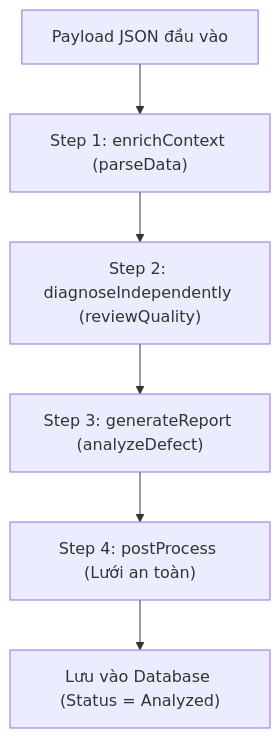
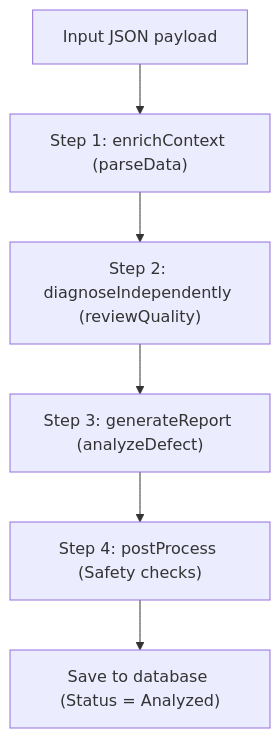
Before and after one commit to DungTruong1610/8D_problem_solving: the diagram in docs/8D-COPILOT-E2E-GUIDE.md, drawn with Mermaid. The commit also changed other lines of this file and 48 other files, not shown here.

````diff
--- a/docs/8D-COPILOT-E2E-GUIDE.md
+++ b/docs/8D-COPILOT-E2E-GUIDE.md
@@ -168,8 +159,8 @@
 ```mermaid
 flowchart TD
-    A["Payload JSON đầu vào"] --> B["Step 1: enrichContext (parseData)"]
+    A["Input JSON payload"] --> B["Step 1: enrichContext (parseData)"]
     B --> C["Step 2: diagnoseIndependently (reviewQuality)"]
     C --> D["Step 3: generateReport (analyzeDefect)"]
-    D --> E["Step 4: postProcess (Lưới an toàn)"]
-    E --> F["Lưu vào Database (Status = Analyzed)"]
+    D --> E["Step 4: postProcess (Safety checks)"]
+    E --> F["Save to database (Status = Analyzed)"]
 ```
````
